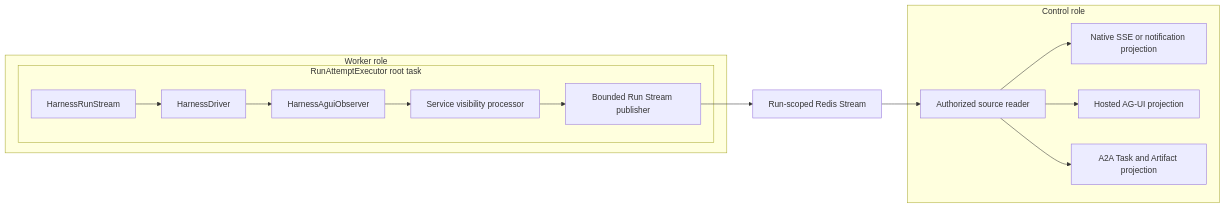
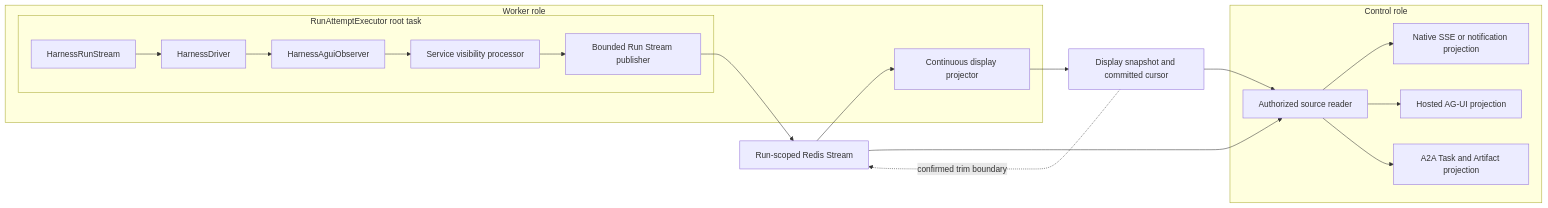
One commit to LTThreeComma/agent-foundation changed the diagram in spec/a13n-service/25-events-usage-and-delivery.md. Above: the diagram before and after it, drawn with Mermaid. The commit also changed other lines of this file and 28 other files, not shown here.

````diff
--- a/spec/a13n-service/25-events-usage-and-delivery.md
+++ b/spec/a13n-service/25-events-usage-and-delivery.md
@@ -28,25 +28,30 @@
 ```mermaid
 flowchart LR
     subgraph Worker[Worker role]
         subgraph Executor[RunAttemptExecutor root task]
             Harness[HarnessRunStream]
             Driver[HarnessDriver]
             Observer[HarnessAguiObserver]
             Processor[Service visibility processor]
             Publisher[Bounded Run Stream publisher]
             Harness --> Driver --> Observer --> Processor --> Publisher
         end
+        Display[Continuous display projector]
     end
 
     Redis[Run-scoped Redis Stream]
+    Snapshot[Display snapshot and committed cursor]
 
     subgraph Control[Control role]
         Subscriber[Authorized source reader]
         Native[Native SSE or notification projection]
         Agui[Hosted AG-UI projection]
         A2A[A2A Task and Artifact projection]
         Subscriber --> Native & Agui & A2A
     end
 
     Publisher --> Redis --> Subscriber
+    Redis --> Display --> Snapshot
+    Snapshot --> Subscriber
+    Snapshot -. confirmed trim boundary .-> Redis
 ```
````
